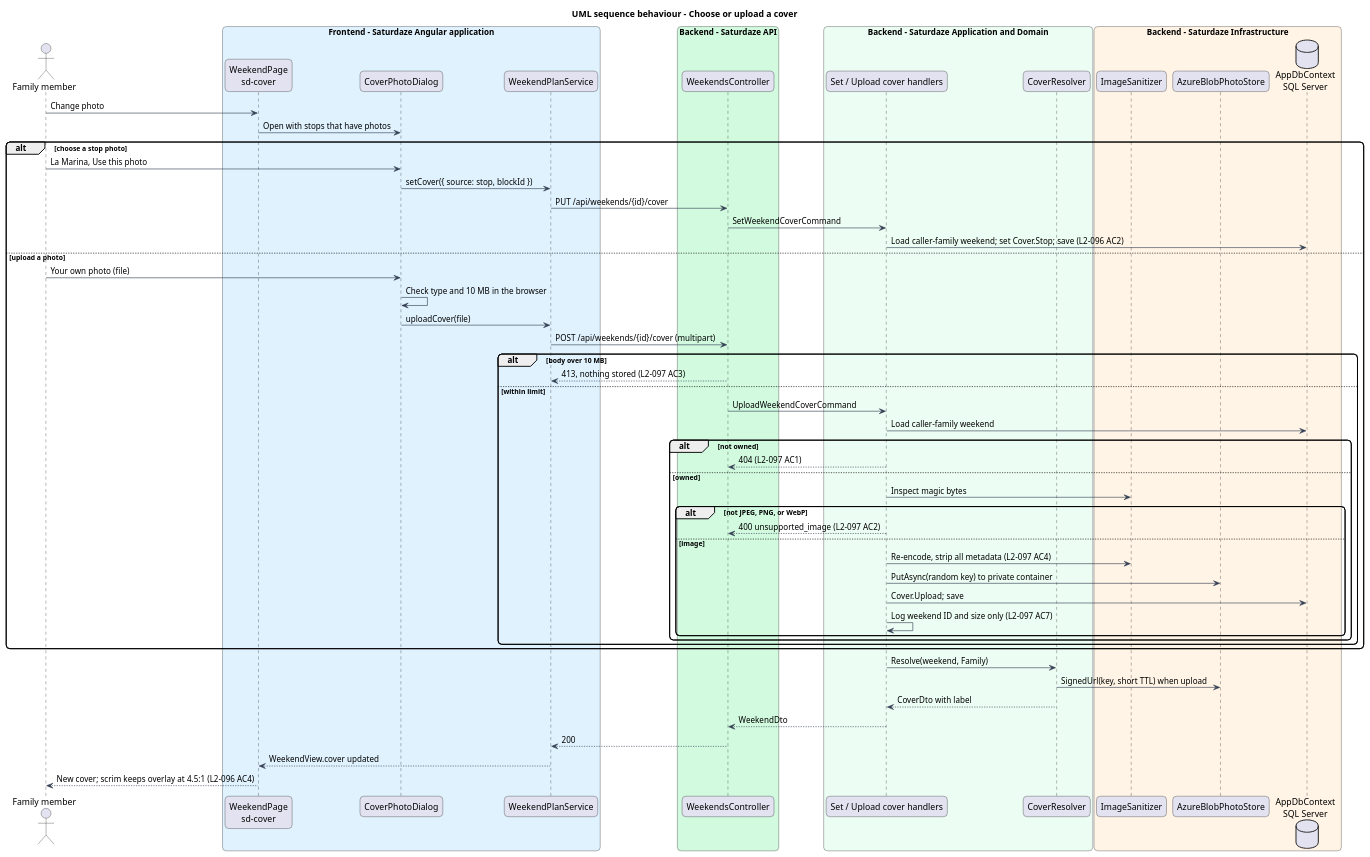
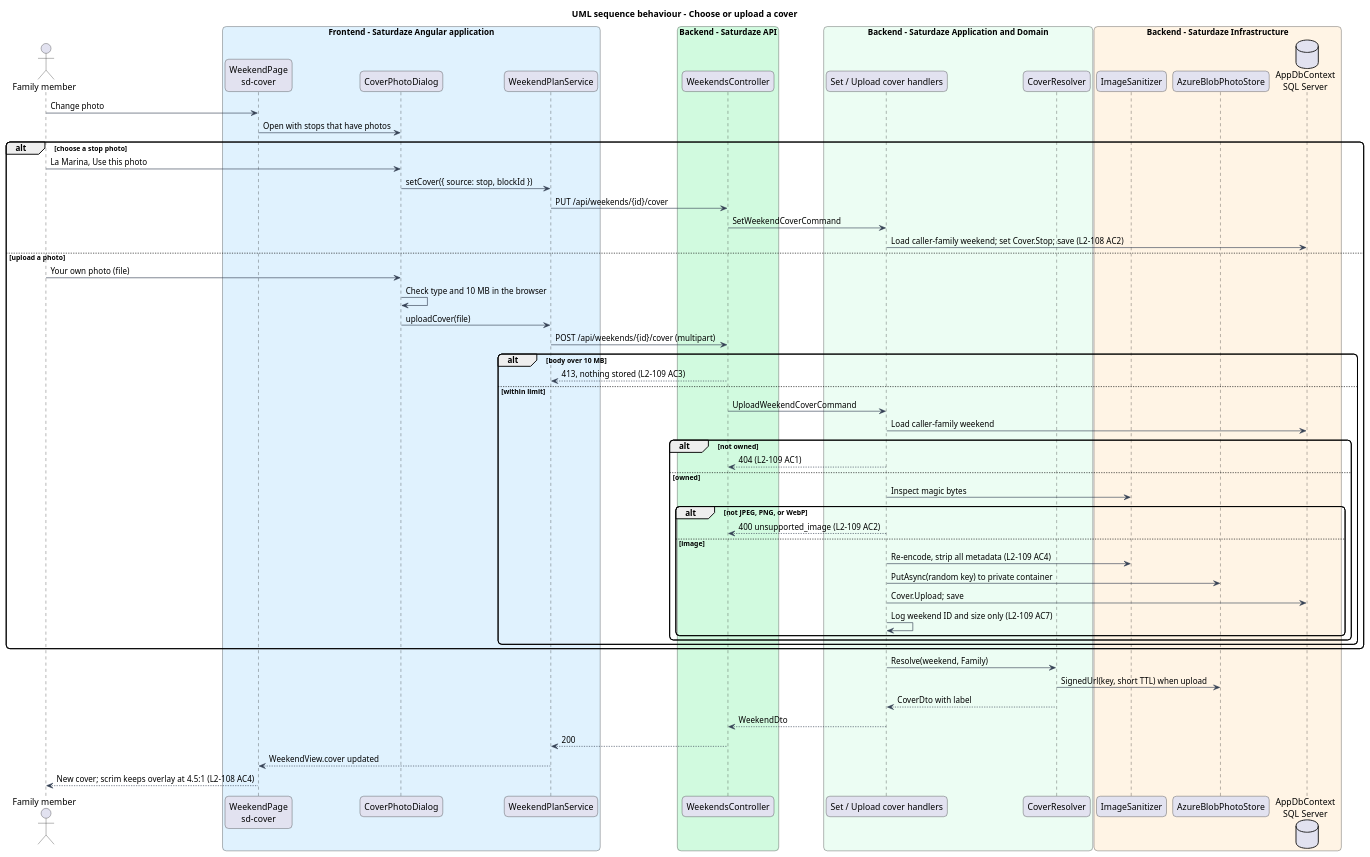
The diagram in docs/detailed-designs/weekend-planning/choose-weekend-cover-photo/diagrams/sequence-cover.puml (QuinntyneBrown/saturdaze), drawn with PlantUML before and after one commit. The commit also changed 164 other files, not shown here.

```diff
--- a/docs/detailed-designs/weekend-planning/choose-weekend-cover-photo/diagrams/sequence-cover.puml
+++ b/docs/detailed-designs/weekend-planning/choose-weekend-cover-photo/diagrams/sequence-cover.puml
@@ -1,66 +1,66 @@
 @startuml
 title UML sequence behaviour - Choose or upload a cover
 skinparam backgroundColor #FFFFFF
 skinparam shadowing false
 skinparam roundcorner 12
 skinparam defaultFontName Arial
 skinparam ArrowColor #344054
 actor "Family member" as actor
 box "Frontend - Saturdaze Angular application" #E0F2FE
  participant "WeekendPage\nsd-cover" as page
  participant "CoverPhotoDialog" as dialog
  participant "WeekendPlanService" as client
 end box
 box "Backend - Saturdaze API" #D1FADF
  participant "WeekendsController" as controller
 end box
 box "Backend - Saturdaze Application and Domain" #ECFDF3
  participant "Set / Upload cover handlers" as handler
  participant "CoverResolver" as resolver
 end box
 box "Backend - Saturdaze Infrastructure" #FFF4E5
  participant "ImageSanitizer" as sanitizer
  participant "AzureBlobPhotoStore" as store
  database "AppDbContext\nSQL Server" as db
 end box
 actor -> page : Change photo
 page -> dialog : Open with stops that have photos
 alt choose a stop photo
  actor -> dialog : La Marina, Use this photo
  dialog -> client : setCover({ source: stop, blockId })
  client -> controller : PUT /api/weekends/{id}/cover
  controller -> handler : SetWeekendCoverCommand
- handler -> db : Load caller-family weekend; set Cover.Stop; save (L2-096 AC2)
+ handler -> db : Load caller-family weekend; set Cover.Stop; save (L2-108 AC2)
 else upload a photo
  actor -> dialog : Your own photo (file)
  dialog -> dialog : Check type and 10 MB in the browser
  dialog -> client : uploadCover(file)
  client -> controller : POST /api/weekends/{id}/cover (multipart)
  alt body over 10 MB
-  controller --> client : 413, nothing stored (L2-097 AC3)
+  controller --> client : 413, nothing stored (L2-109 AC3)
  else within limit
   controller -> handler : UploadWeekendCoverCommand
   handler -> db : Load caller-family weekend
   alt not owned
-   handler --> controller : 404 (L2-097 AC1)
+   handler --> controller : 404 (L2-109 AC1)
   else owned
    handler -> sanitizer : Inspect magic bytes
    alt not JPEG, PNG, or WebP
-    handler --> controller : 400 unsupported_image (L2-097 AC2)
+    handler --> controller : 400 unsupported_image (L2-109 AC2)
    else image
-    handler -> sanitizer : Re-encode, strip all metadata (L2-097 AC4)
+    handler -> sanitizer : Re-encode, strip all metadata (L2-109 AC4)
     handler -> store : PutAsync(random key) to private container
     handler -> db : Cover.Upload; save
-    handler -> handler : Log weekend ID and size only (L2-097 AC7)
+    handler -> handler : Log weekend ID and size only (L2-109 AC7)
    end
   end
  end
 end
 handler -> resolver : Resolve(weekend, Family)
 resolver -> store : SignedUrl(key, short TTL) when upload
 resolver --> handler : CoverDto with label
 handler --> controller : WeekendDto
 controller --> client : 200
 client --> page : WeekendView.cover updated
-page --> actor : New cover; scrim keeps overlay at 4.5:1 (L2-096 AC4)
+page --> actor : New cover; scrim keeps overlay at 4.5:1 (L2-108 AC4)
 @enduml
```
